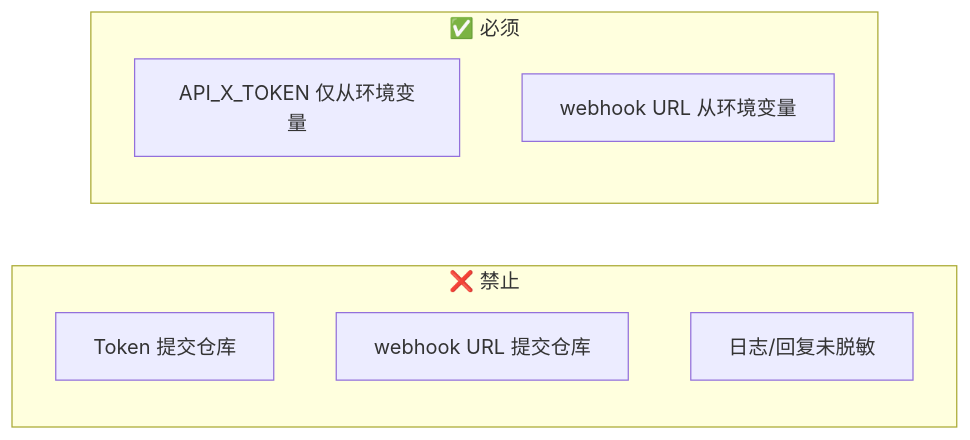
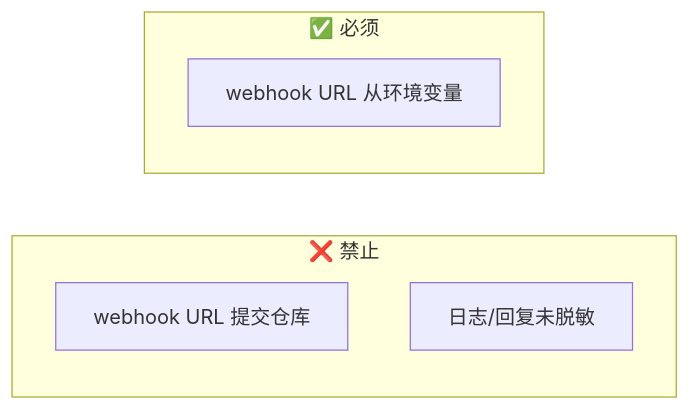
The seventh of 9 diagrams in skills/rui-bot/SKILL.md (effiy/YrY), drawn with Mermaid before and after one commit. The commit also changed other lines of this file and 42 other files, not shown here.

First line of the commit message:
feat: apply Mermaid authoring rules (M1-M12) across entire codebase

````diff
--- a/skills/rui-bot/SKILL.md
+++ b/skills/rui-bot/SKILL.md
@@ -236,13 +250,14 @@
 ```mermaid
 flowchart LR
     subgraph 禁止["❌ 禁止"]
-        X1["Token 提交仓库"]:::block
+        direction TB
         X2["webhook URL 提交仓库"]:::block
         X3["日志/回复未脱敏"]:::block
     end
     subgraph 必须["✅ 必须"]
-        C1["API_X_TOKEN 仅从环境变量"]:::ok
+        direction TB
         C2["webhook URL 从环境变量"]:::ok
     end
 
+
 ```
````
